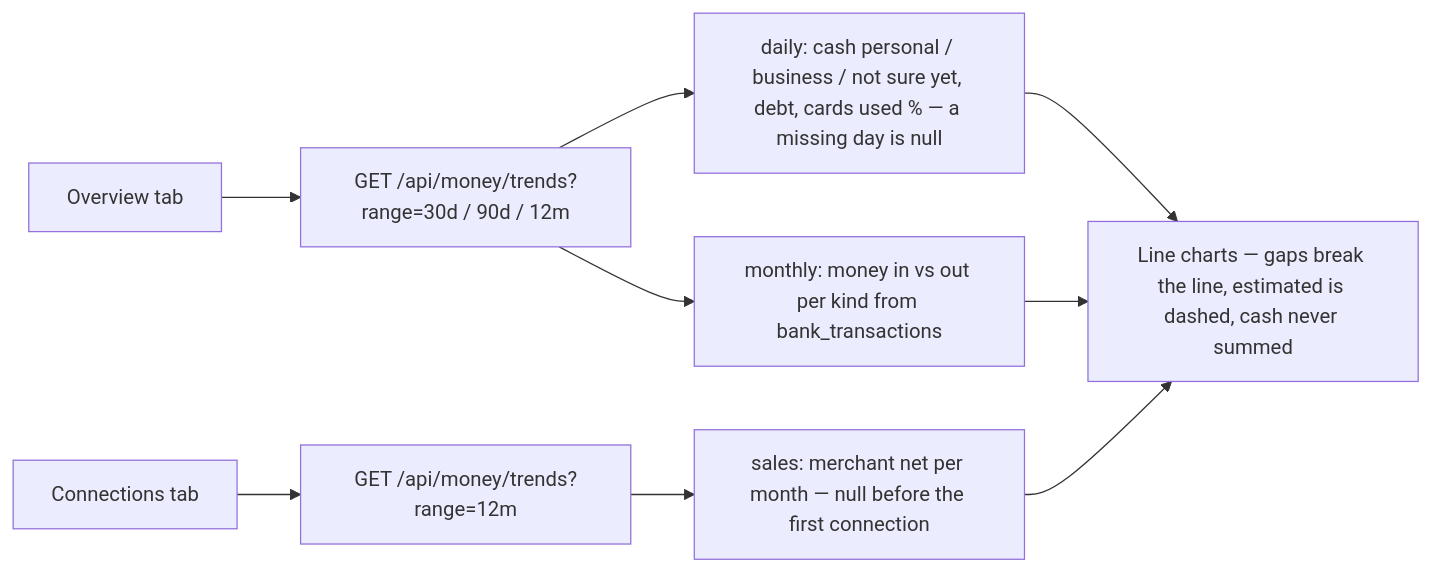
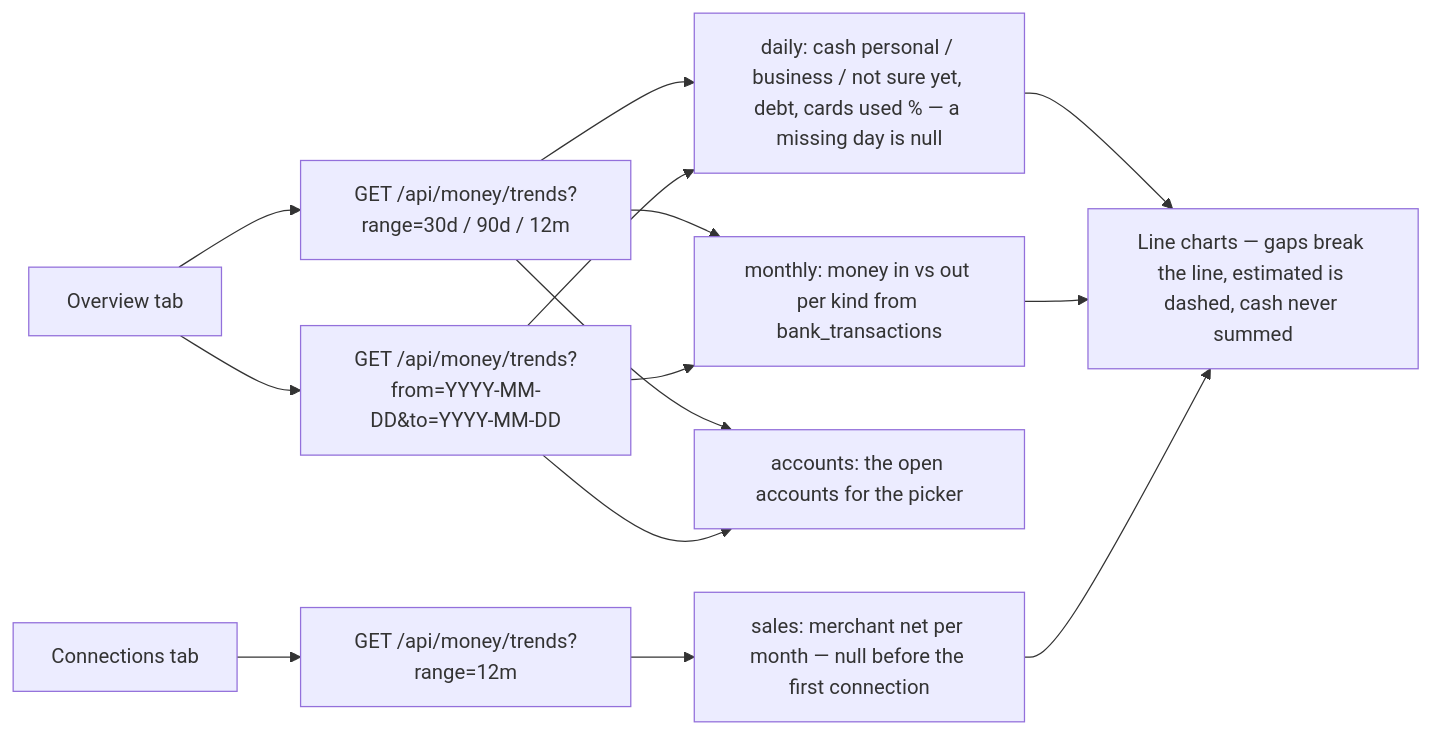
Before and after one commit to ZootimusMaximusSupreme/fundhub-platform: the third of 6 diagrams in docs/journeys/finance-os-trends-flow.md, drawn with Mermaid. The commit also changed other lines of this file and 457 other files, not shown here.

````diff
--- a/docs/journeys/finance-os-trends-flow.md
+++ b/docs/journeys/finance-os-trends-flow.md
@@ -55,11 +55,16 @@
 ```mermaid
 flowchart LR
     P[Overview tab] --> G[GET /api/money/trends?range=30d / 90d / 12m]
+    P --> GD[GET /api/money/trends?from=YYYY-MM-DD&to=YYYY-MM-DD]
     C[Connections tab] --> G12[GET /api/money/trends?range=12m]
     G --> D[daily: cash personal / business / not sure yet, debt, cards used % — a missing day is null]
+    GD --> D
     G --> M[monthly: money in vs out per kind from bank_transactions]
+    GD --> M
+    G --> AL[accounts: the open accounts for the picker]
+    GD --> AL
     G12 --> SL[sales: merchant net per month — null before the first connection]
     D --> L[Line charts — gaps break the line, estimated is dashed, cash never summed]
     M --> L
     SL --> L
 ```
````
